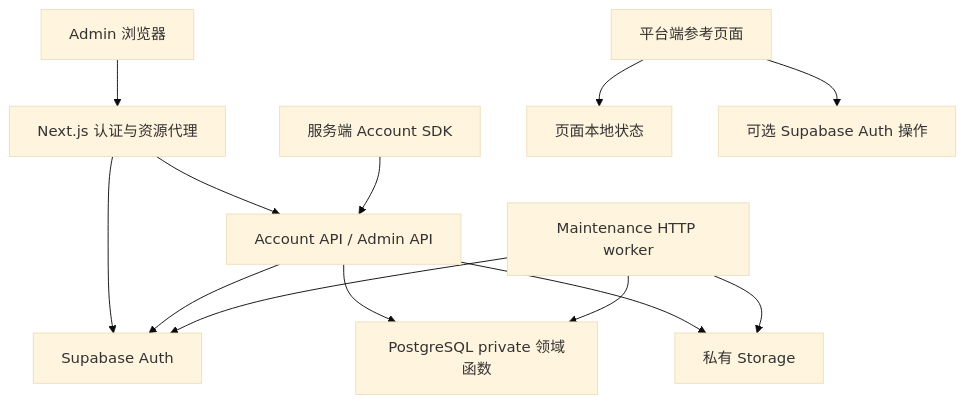
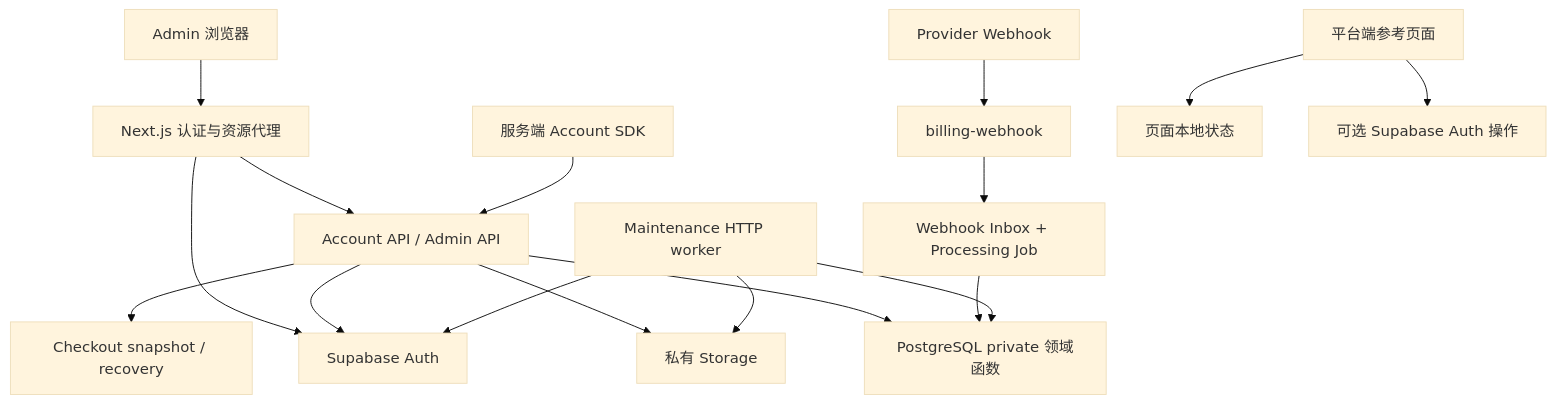
Before and after one commit to aisenhub/Aisenhubplatform: the diagram in docs/architecture/overview.md, drawn with Mermaid (base theme). The commit also changed other lines of this file and 6 other files, not shown here.

````diff
--- a/docs/architecture/overview.md
+++ b/docs/architecture/overview.md
@@ -23,15 +24,19 @@
 ```mermaid
 flowchart TD
   Admin[Admin 浏览器] --> Next[Next.js 认证与资源代理]
   Next --> Auth[Supabase Auth]
   Next --> API[Account API / Admin API]
   SDK[服务端 Account SDK] --> API
   API --> Auth
   API --> SQL[PostgreSQL private 领域函数]
   API --> Storage[私有 Storage]
+  API --> Checkout[Checkout snapshot / recovery]
+  Provider[Provider Webhook] --> Webhook[billing-webhook]
+  Webhook --> Inbox[Webhook Inbox + Processing Job]
+  Inbox --> SQL
   Worker[Maintenance HTTP worker] --> SQL
   Worker --> Storage
   Worker --> Auth
   Preview[平台端参考页面] --> Local[页面本地状态]
   Preview --> OptionalAuth[可选 Supabase Auth 操作]
 ```
````
